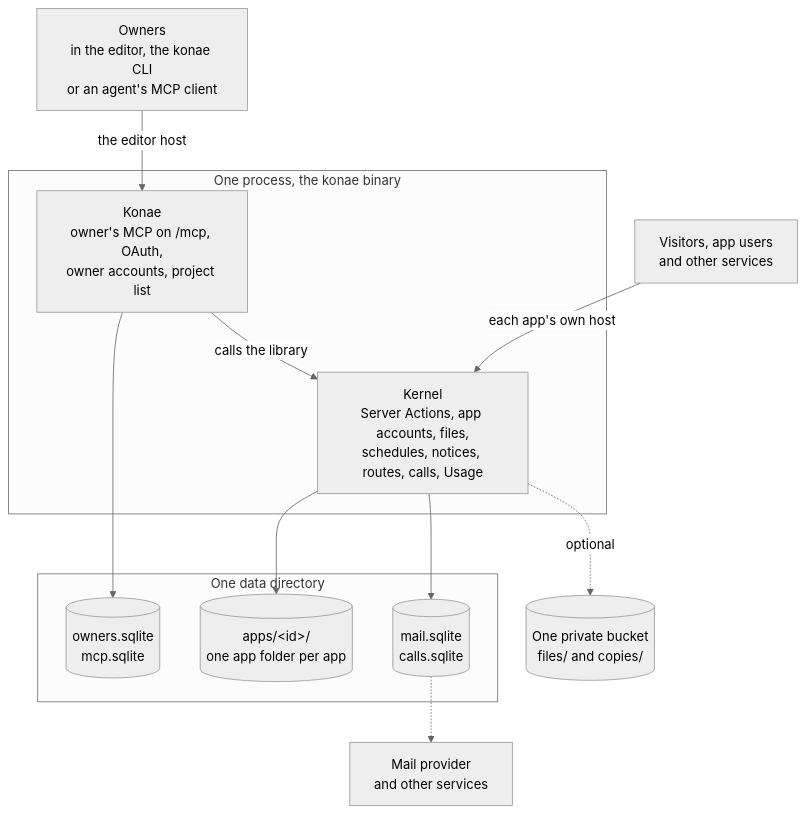
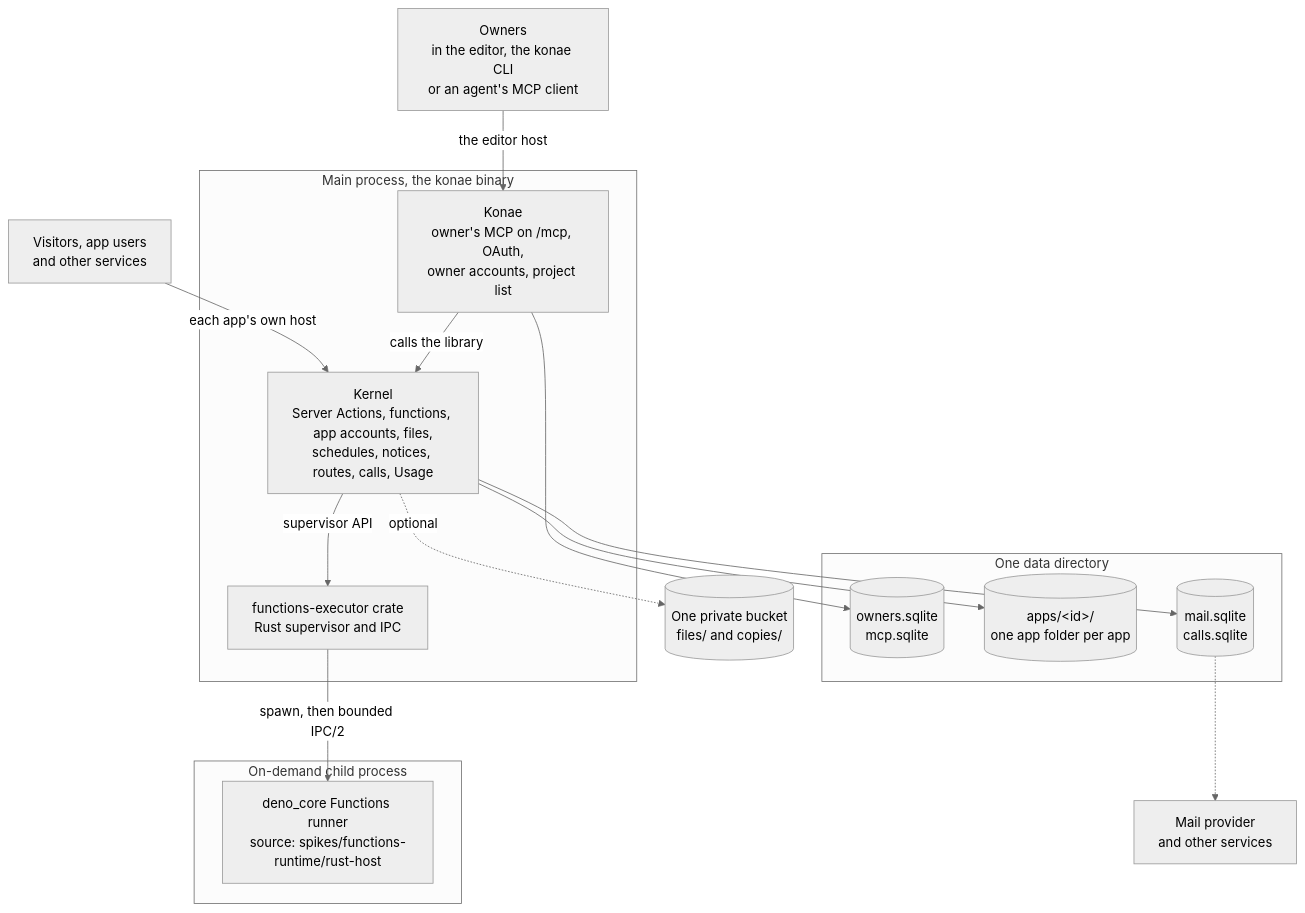
Before and after one commit to danibram/konae: the first of 3 diagrams in docs/architecture.md, drawn with Mermaid (neutral theme). The commit also changed other lines of this file and 17 other files, not shown here.

Commit message:
docs: consolidate server functions guide

````diff
--- a/docs/architecture.md
+++ b/docs/architecture.md
@@ -11,22 +11,28 @@
 ```mermaid
 flowchart TB
   OWN["Owners<br/>in the editor, the konae CLI<br/>or an agent's MCP client"]
   RUN["Visitors, app users<br/>and other services"]
-  subgraph process["One process, the konae binary"]
+  subgraph process["Main process, the konae binary"]
     KO["Konae<br/>owner's MCP on /mcp, OAuth,<br/>owner accounts, project list"]
-    KE["Kernel<br/>Server Actions, app accounts, files,<br/>schedules, notices, routes, calls, Usage"]
+    KE["Kernel<br/>Server Actions, functions, app accounts, files,<br/>schedules, notices, routes, calls, Usage"]
+    FX["functions-executor crate<br/>Rust supervisor and IPC"]
+  end
+  subgraph child["On-demand child process"]
+    RUNNER["deno_core Functions runner<br/>source: spikes/functions-runtime/rust-host"]
   end
   OWN -->|"the editor host"| KO
   RUN -->|"each app's own host"| KE
   KO -->|"calls the library"| KE
+  KE -->|"supervisor API"| FX
+  FX -->|"spawn, then bounded IPC/2"| RUNNER
   subgraph data["One data directory"]
     OWNERS[("owners.sqlite<br/>mcp.sqlite")]
     APPS[("apps/#lt;id#gt;/<br/>one app folder per app")]
     QUEUES[("mail.sqlite<br/>calls.sqlite")]
   end
   KO --> OWNERS
   KE --> APPS
   KE --> QUEUES
   KE -.->|"optional"| BUCKET[("One private bucket<br/>files/ and copies/")]
   QUEUES -.-> OUT["Mail provider<br/>and other services"]
 ```
````
